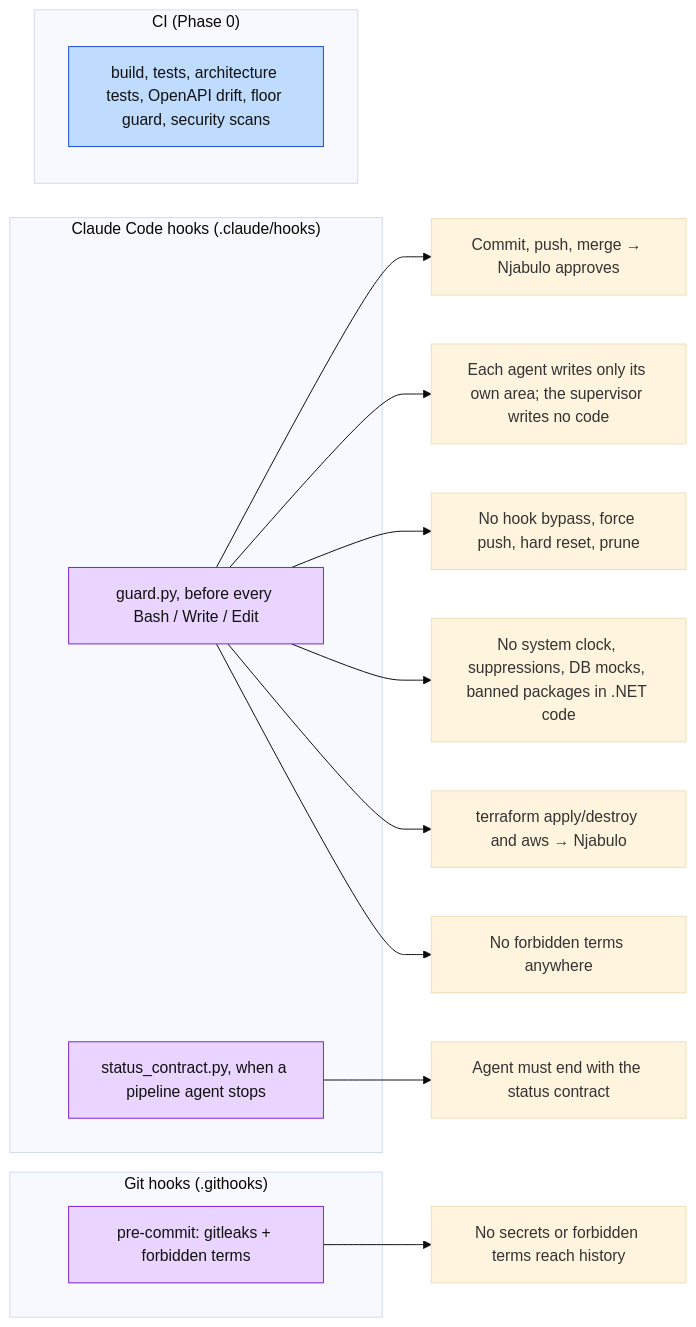
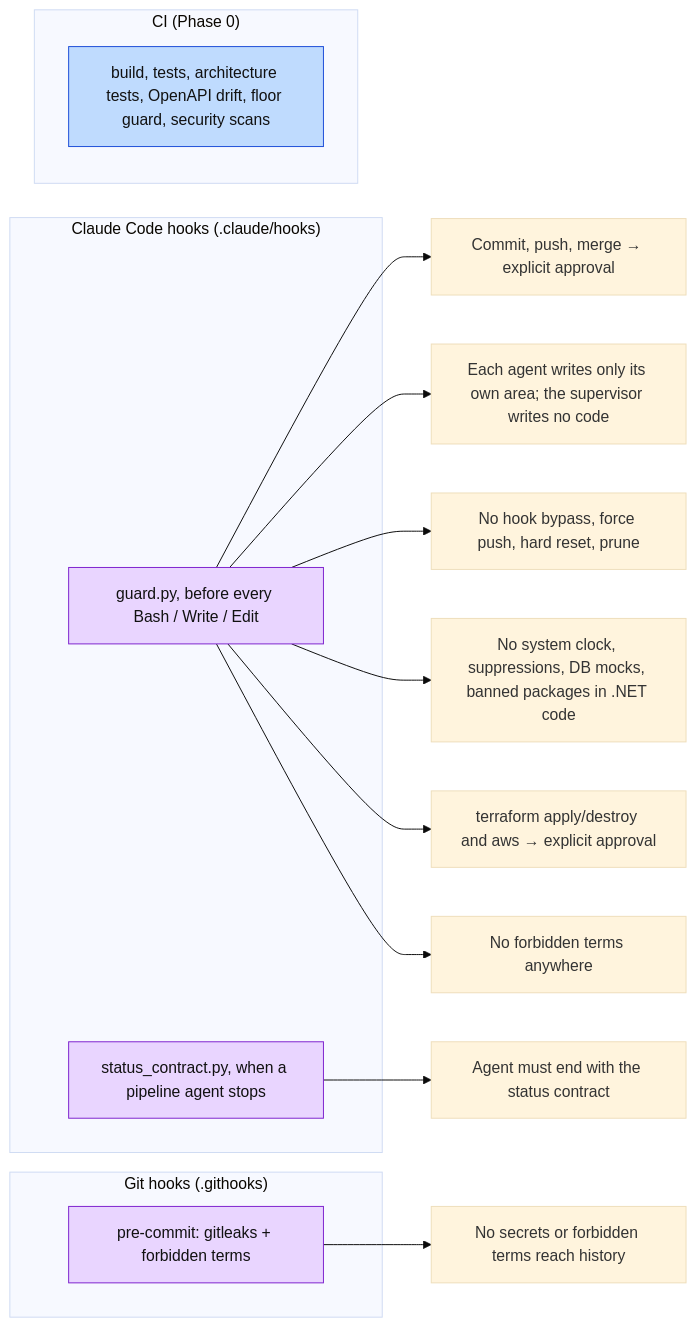
The third of 3 diagrams in docs/process/agentic-sdlc.md (njabulozmnisi/disputedesk), drawn with Mermaid (base theme) before and after one commit. The commit also changed other lines of this file and 28 other files, not shown here.

Commit message:
docs: final architecture, Gate 1 amendments, Microsoft Learn conventions, PascalCase naming, neutral language

````diff
--- a/docs/process/agentic-sdlc.md
+++ b/docs/process/agentic-sdlc.md
@@ -90,25 +90,25 @@
 ```mermaid
 flowchart LR
     classDef hook fill:#e9d5ff,stroke:#7e22ce,color:#111
     classDef ci fill:#bfdbfe,stroke:#1d4ed8,color:#111
 
     subgraph CC["Claude Code hooks (.claude/hooks)"]
         GU[guard.py, before every Bash / Write / Edit]:::hook
         SC[status_contract.py, when a pipeline agent stops]:::hook
     end
     subgraph GIT["Git hooks (.githooks)"]
         PC[pre-commit: gitleaks + forbidden terms]:::hook
     end
     subgraph CI["CI (Phase 0)"]
         CIx[build, tests, architecture tests, OpenAPI drift, floor guard, security scans]:::ci
     end
 
-    GU --> G1[Commit, push, merge → Njabulo approves]
+    GU --> G1[Commit, push, merge → explicit approval]
     GU --> G2[Each agent writes only its own area; the supervisor writes no code]
     GU --> G3[No hook bypass, force push, hard reset, prune]
     GU --> G4[No system clock, suppressions, DB mocks, banned packages in .NET code]
-    GU --> G5[terraform apply/destroy and aws → Njabulo]
+    GU --> G5[terraform apply/destroy and aws → explicit approval]
     GU --> G6[No forbidden terms anywhere]
     SC --> G7[Agent must end with the status contract]
     PC --> G8[No secrets or forbidden terms reach history]
 ```
````
